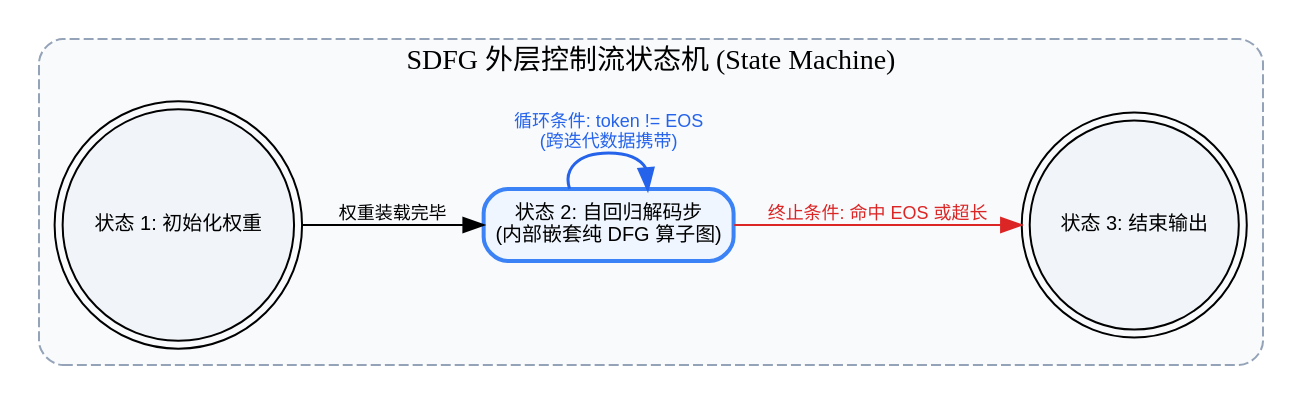
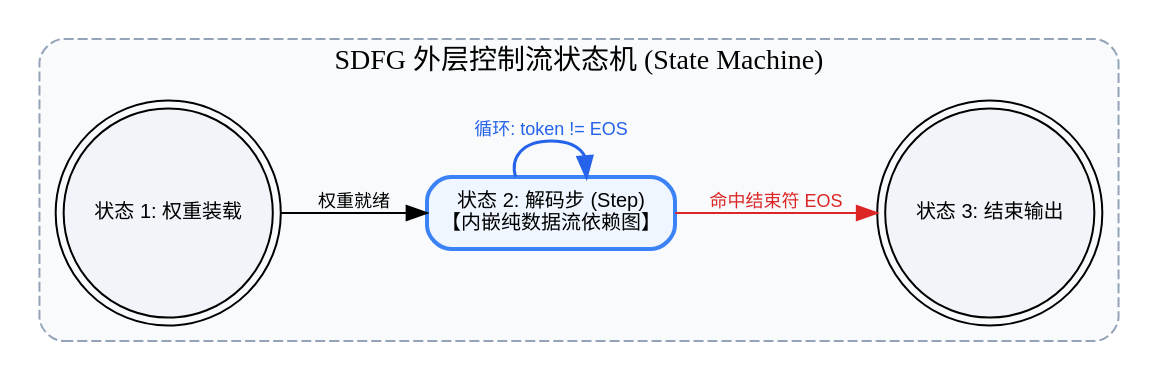
The sixth of 8 diagrams in src/content/posts/dsl-design-paradigms-streaming-pipeline-and-hardware-execution-guide.md (hqu-little-boy/blog), drawn with Graphviz before and after one commit. The commit also changed other lines of this file, not shown here.

````diff
--- a/src/content/posts/dsl-design-paradigms-streaming-pipeline-and-hardware-execution-guide.md
+++ b/src/content/posts/dsl-design-paradigms-streaming-pipeline-and-hardware-execution-guide.md
@@ -597,22 +533,22 @@
 ```graphviz
 digraph SDFG_Concept {
     rankdir=LR;
     node [fontname="Google Sans,sans-serif", fontsize=10];
     edge [fontname="Google Sans,sans-serif", fontsize=9];
 
     subgraph cluster_outer_sm {
         label="SDFG 外层控制流状态机 (State Machine)";
         style="dashed,rounded";
         bgcolor="#f8fafc";
         color="#94a3b8";
 
-        State_Init [label="状态 1: 初始化权重", shape=doublecircle, fillcolor="#f1f5f9", style=filled];
-        State_Loop [label="状态 2: 自回归解码步\n(内部嵌套纯 DFG 算子图)", shape=box, style="rounded,filled", fillcolor="#eff6ff", color="#3b82f6", penwidth=2.0];
+        State_Init [label="状态 1: 权重装载", shape=doublecircle, fillcolor="#f1f5f9", style=filled];
+        State_Loop [label="状态 2: 解码步 (Step)\n【内嵌纯数据流依赖图】", shape=box, style="rounded,filled", fillcolor="#eff6ff", color="#3b82f6", penwidth=2.0];
         State_Exit [label="状态 3: 结束输出", shape=doublecircle, fillcolor="#f1f5f9", style=filled];
 
-        State_Init -> State_Loop [label="权重装载完毕"];
-        State_Loop -> State_Loop [label="循环条件: token != EOS\n(跨迭代数据携带)", color="#2563eb", fontcolor="#2563eb", penwidth=1.5];
-        State_Loop -> State_Exit [label="终止条件: 命中 EOS 或超长", color="#dc2626", fontcolor="#dc2626"];
+        State_Init -> State_Loop [label="权重就绪"];
+        State_Loop -> State_Loop [label="循环: token != EOS", color="#2563eb", fontcolor="#2563eb", penwidth=1.5];
+        State_Loop -> State_Exit [label="命中结束符 EOS", color="#dc2626", fontcolor="#dc2626"];
     }
 }
 ```
````
